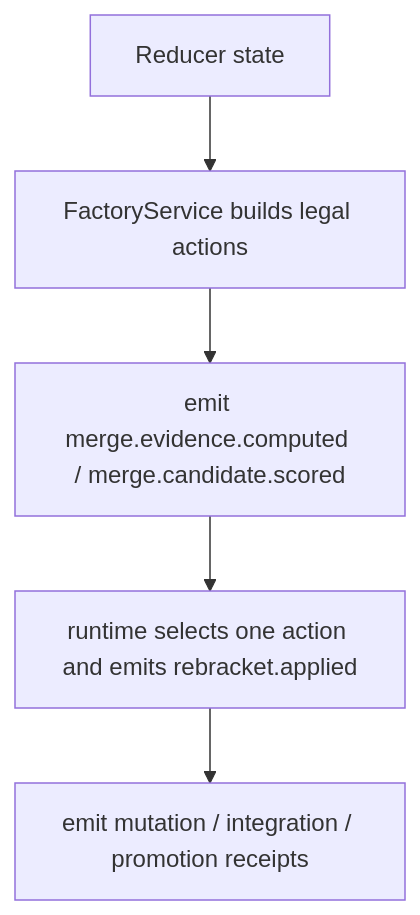
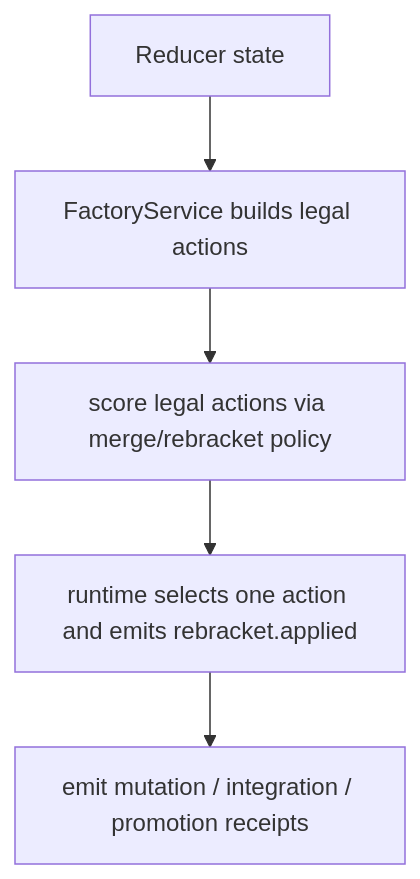
Before and after one commit to skishore23/receipt: the fifth of 6 diagrams in docs/factory-on-receipt.md, drawn with Mermaid. The commit also changed other lines of this file and 4 other files, not shown here.

Commit message:
Use merge policy for factory rebracketing

````diff
--- a/docs/factory-on-receipt.md
+++ b/docs/factory-on-receipt.md
@@ -612,7 +612,7 @@
 ```mermaid
 flowchart TD
   Start["Reducer state"] --> Legal["FactoryService builds legal actions"]
-  Legal --> Evidence["emit merge.evidence.computed / merge.candidate.scored"]
+  Legal --> Evidence["score legal actions via merge/rebracket policy"]
   Evidence --> Apply["runtime selects one action and emits rebracket.applied"]
   Apply --> Receipts["emit mutation / integration / promotion receipts"]
 ```
````
